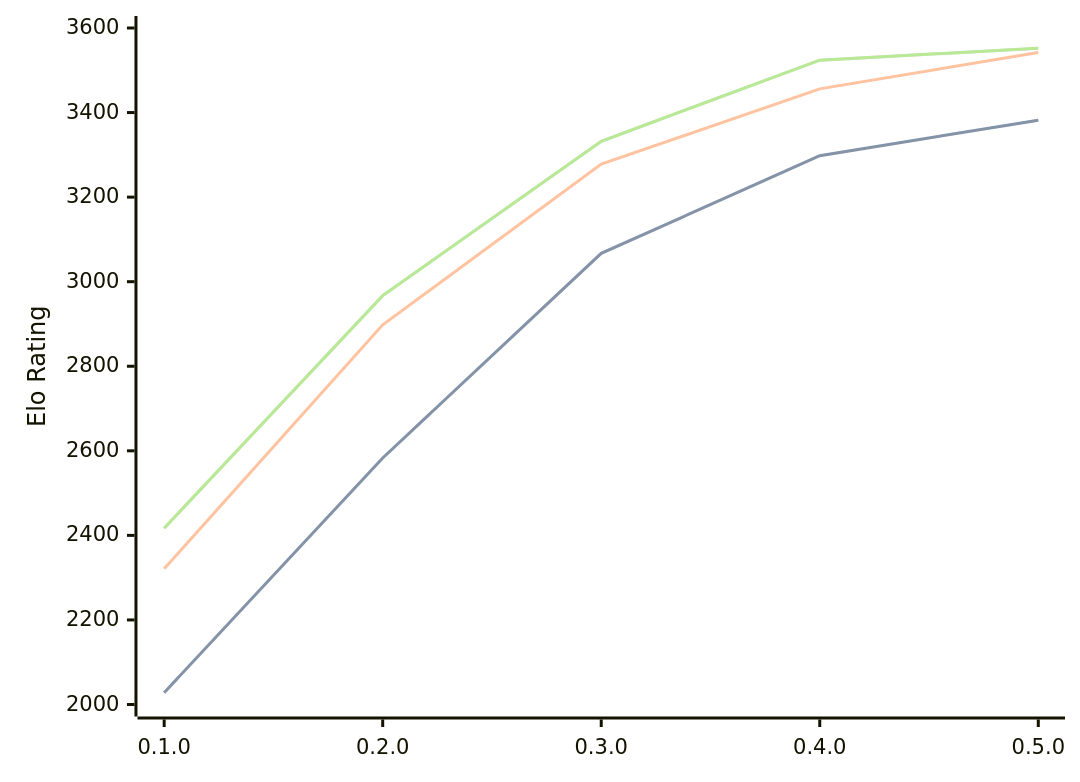
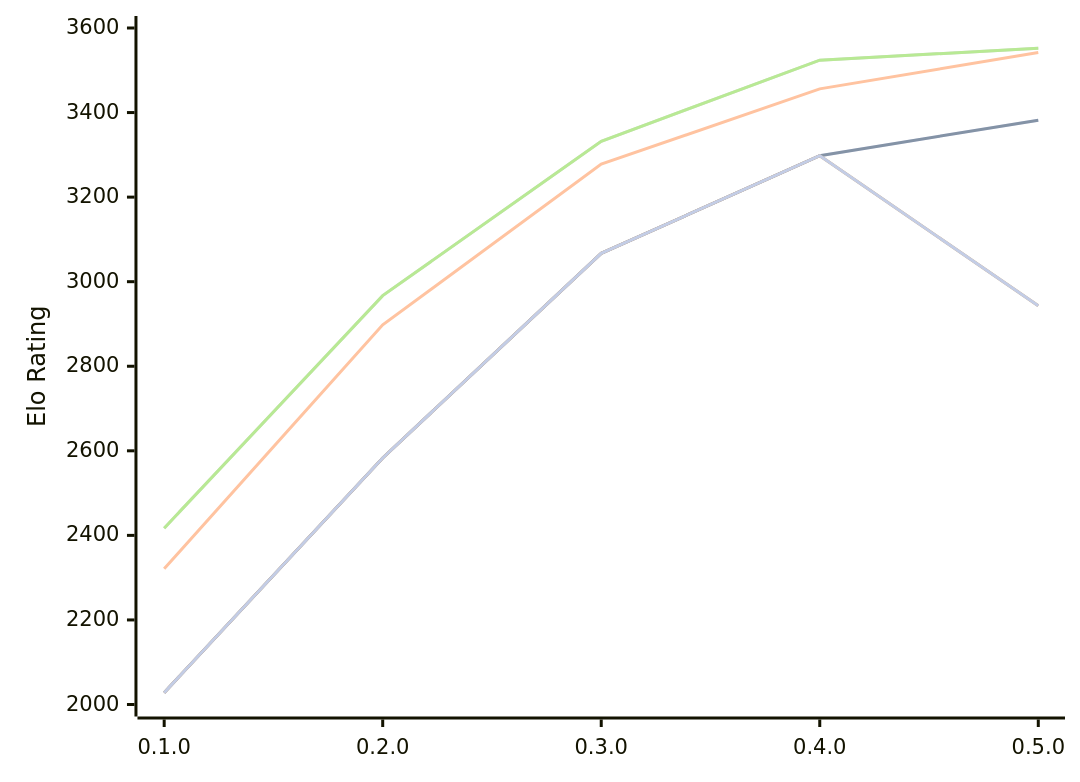
One commit to computer-chess-index/cci changed the diagram in engines/Justbot.md. Above: the diagram before and after it, drawn with Mermaid. The commit also changed other lines of this file, not shown here.

Commit message:
Update CCI Ratings (ELO VLTC) - 2026-10-11

````diff
--- a/engines/Justbot.md
+++ b/engines/Justbot.md
@@ -51,16 +51,13 @@
 ```mermaid
 %%{init: {"theme":"base","themeVariables":{"seriesColors:['#a3a3a3','#222221','#faa371']}}}%%
 xychart-beta
   x-axis ["0.1.0", "0.2.0", "0.3.0", "0.4.0", "0.5.0"]
   y-axis "Elo Rating" 2000 --> 3600
   line "" [2028, 2583, 3067, 3298, 3382]
   line "T1: STC (8.0+0.08s)" [2028, 2583, 3067, 3298, 3382]
   line "T1: LTC (60.0+0.60s)" [2321, 2898, 3278, 3456, 3542]
   line "" [2417, 2967, 3332, 3524, 3552]
   line "T1: VLTC (2m24s+1.12s)" [2417, 2967, 3332, 3524, 3552]
-  line "" [2934]
-  line "E1: STC (8.0+0.08s)" [2934]
-  line "E1: LTC (60.0+0.60s)" [3209]
-  line "" [3267]
-  line "E1: VLTC (2m24s+1.12s)" [3267]
+  line "" [2028, 2583, 3067, 3298,2943]
+  line "E1: STC (8.0+0.08s)" [2028, 2583, 3067, 3298,2943]
 ```
````
